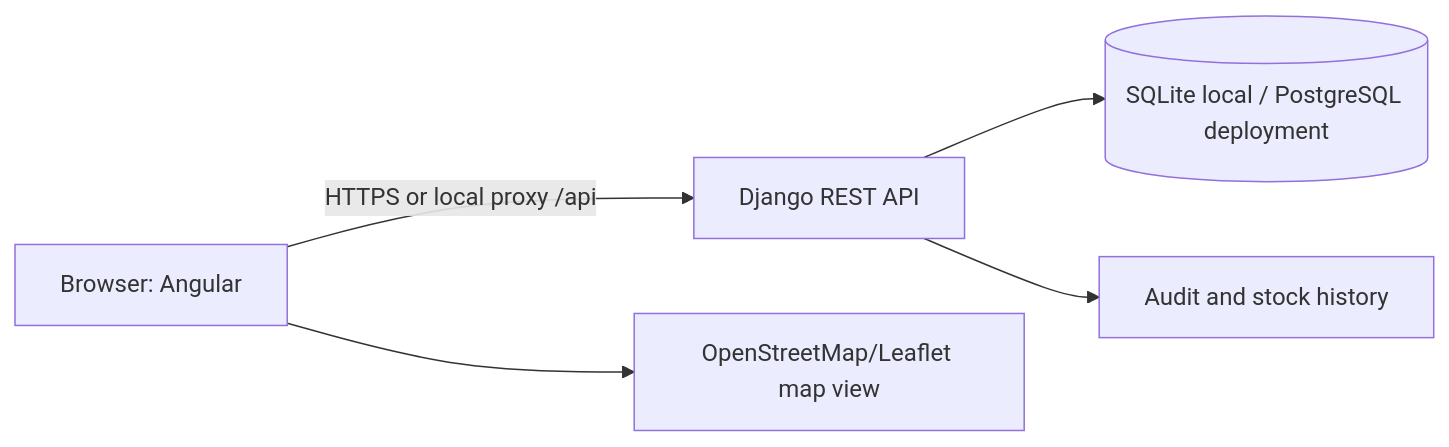
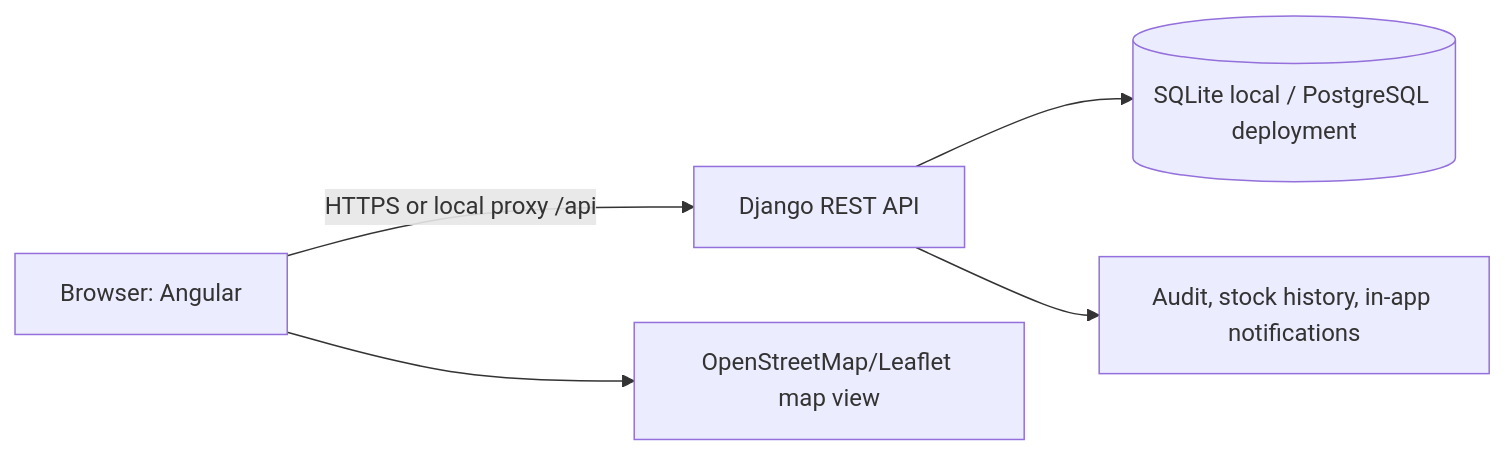
Before and after one commit to aiunrayess/BIS_Online_Shop: the second of 2 diagrams in OnlineShop/docs/PROJECT_REQUIREMENTS_AND_DESIGN.md, drawn with Mermaid. The commit also changed other lines of this file and 27 other files, not shown here.

````diff
--- a/OnlineShop/docs/PROJECT_REQUIREMENTS_AND_DESIGN.md
+++ b/OnlineShop/docs/PROJECT_REQUIREMENTS_AND_DESIGN.md
@@ -78,7 +92,7 @@
 ```mermaid
 flowchart LR
     U[Browser: Angular] -->|HTTPS or local proxy /api| API[Django REST API]
     API --> DB[(SQLite local / PostgreSQL deployment)]
-    API --> AUDIT[Audit and stock history]
+    API --> AUDIT[Audit, stock history, in-app notifications]
     U --> MAP[OpenStreetMap/Leaflet map view]
 ```
````
